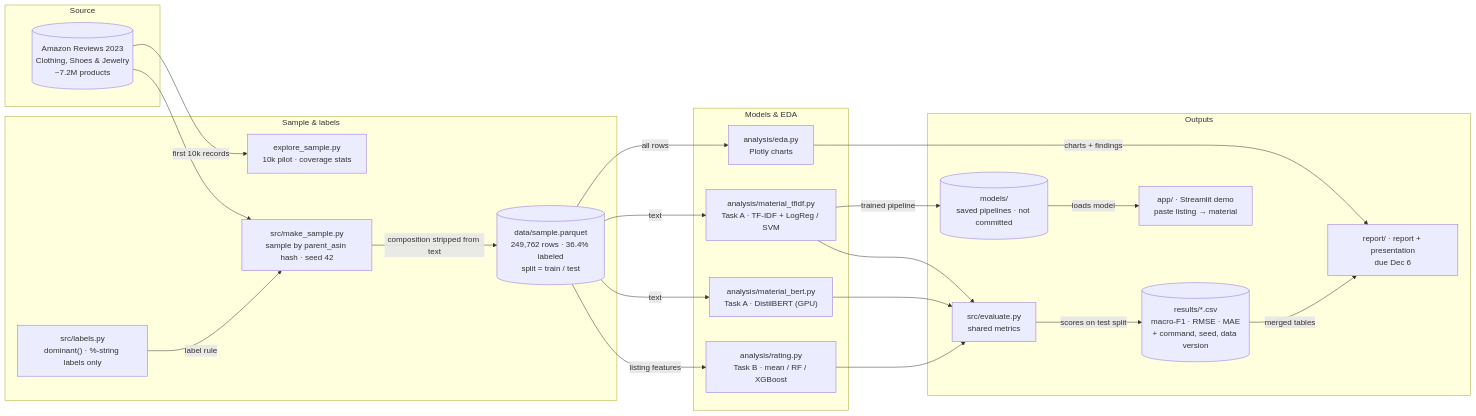
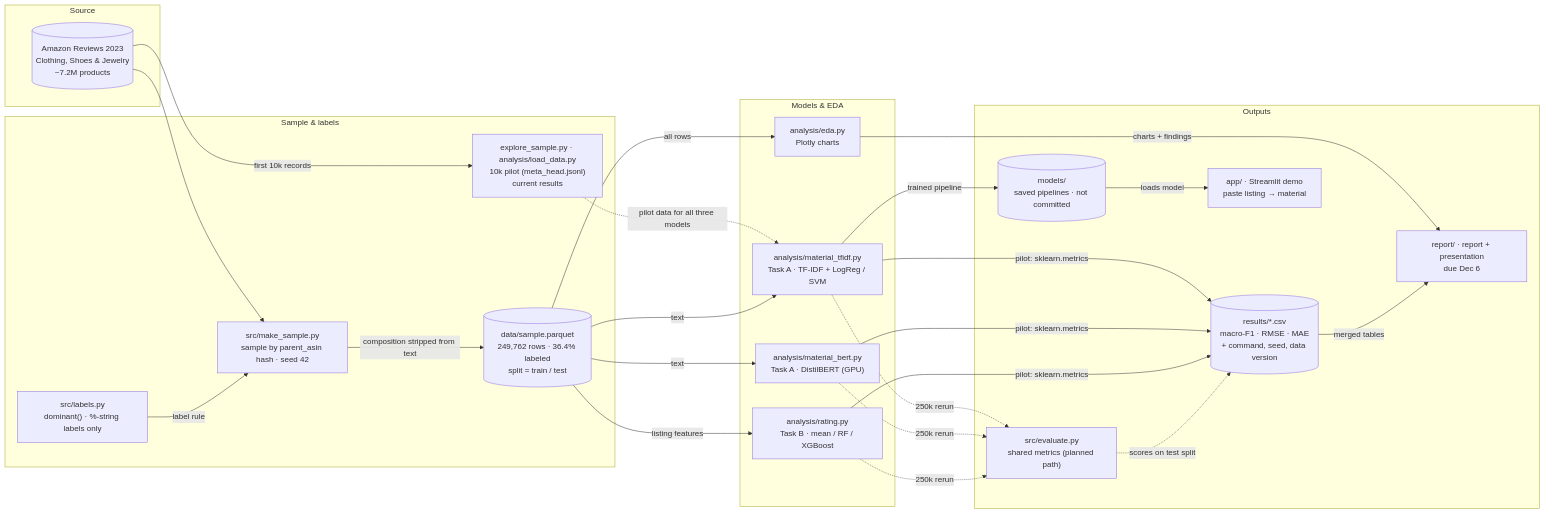
The diagram in README.md (johnha912/amazon-clothing-material), drawn with Mermaid before and after one commit. The commit also changed 8 other files, not shown here.

First line of the commit message:
Fix second-audit findings: sample wording, meeting-note order, diagram paths

````diff
--- a/README.md
+++ b/README.md
@@ -18,45 +18,49 @@
 ```mermaid
 flowchart LR
     subgraph S0["Source"]
         hf[("Amazon Reviews 2023<br/>Clothing, Shoes & Jewelry<br/>~7.2M products")]
     end
 
     subgraph S1["Sample & labels"]
-        pilot["explore_sample.py<br/>10k pilot · coverage stats"]
+        pilot["explore_sample.py · analysis/load_data.py<br/>10k pilot (meta_head.jsonl)<br/>current results"]
         labels["src/labels.py<br/>dominant() · %-string labels only"]
         makesample["src/make_sample.py<br/>sample by parent_asin hash · seed 42"]
         sample[("data/sample.parquet<br/>249,762 rows · 36.4% labeled<br/>split = train / test")]
     end
 
     subgraph S2["Models & EDA"]
         eda["analysis/eda.py<br/>Plotly charts"]
         tfidf["analysis/material_tfidf.py<br/>Task A · TF-IDF + LogReg / SVM"]
         bert["analysis/material_bert.py<br/>Task A · DistilBERT (GPU)"]
         rating["analysis/rating.py<br/>Task B · mean / RF / XGBoost"]
     end
 
     subgraph S3["Outputs"]
-        evaluate["src/evaluate.py<br/>shared metrics"]
+        evaluate["src/evaluate.py<br/>shared metrics (planned path)"]
         results[("results/*.csv<br/>macro-F1 · RMSE · MAE<br/>+ command, seed, data version")]
         model[("models/<br/>saved pipelines · not committed")]
         app["app/ · Streamlit demo<br/>paste listing → material"]
         report["report/ · report + presentation<br/>due Dec 6"]
     end
 
     hf -- "first 10k records" --> pilot
+    pilot -. "pilot data for all three models" .-> tfidf
     hf --> makesample
     labels -- "label rule" --> makesample
     makesample -- "composition stripped from text" --> sample
     sample -- "all rows" --> eda
     sample -- "text" --> tfidf
     sample -- "text" --> bert
     sample -- "listing features" --> rating
-    tfidf --> evaluate
-    bert --> evaluate
-    rating --> evaluate
-    evaluate -- "scores on test split" --> results
+    tfidf -- "pilot: sklearn.metrics" --> results
+    bert -- "pilot: sklearn.metrics" --> results
+    rating -- "pilot: sklearn.metrics" --> results
+    tfidf -. "250k rerun" .-> evaluate
+    bert -. "250k rerun" .-> evaluate
+    rating -. "250k rerun" .-> evaluate
+    evaluate -. "scores on test split" .-> results
     tfidf -- "trained pipeline" --> model
     model -- "loads model" --> app
     eda -- "charts + findings" --> report
     results -- "merged tables" --> report
 ```
````
